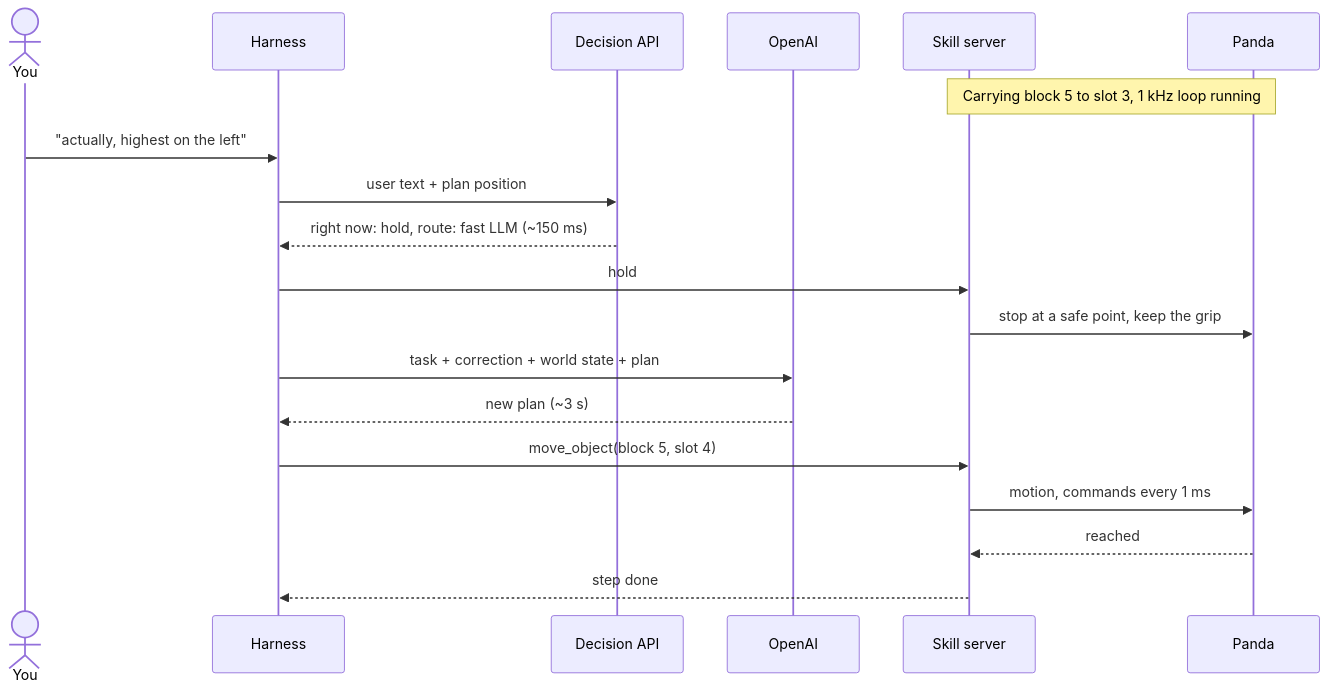
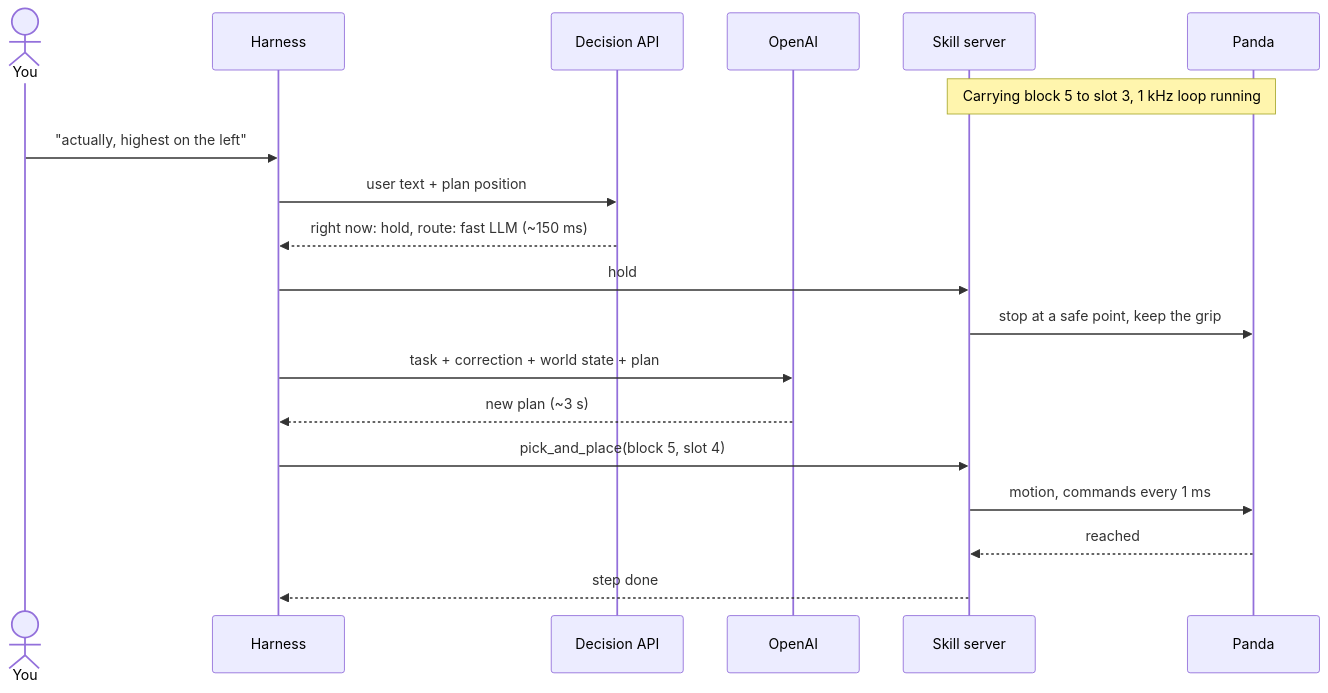
Before and after one commit to alee792/robojev: the third of 3 diagrams in docs/panda-setup.md, drawn with Mermaid. The commit also changed other lines of this file and 6 other files, not shown here.

First line of the commit message:
Rename move_object to pick_and_place, the standard term

````diff
--- a/docs/panda-setup.md
+++ b/docs/panda-setup.md
@@ -99,22 +99,22 @@
 ```mermaid
 sequenceDiagram
     actor U as You
     participant M as Harness
     participant J as Decision API
     participant O as OpenAI
     participant S as Skill server
     participant R as Panda
 
     Note over S,R: Carrying block 5 to slot 3, 1 kHz loop running
     U->>M: "actually, highest on the left"
     M->>J: user text + plan position
     J-->>M: right now: hold, route: fast LLM (~150 ms)
     M->>S: hold
     S->>R: stop at a safe point, keep the grip
     M->>O: task + correction + world state + plan
     O-->>M: new plan (~3 s)
-    M->>S: move_object(block 5, slot 4)
+    M->>S: pick_and_place(block 5, slot 4)
     S->>R: motion, commands every 1 ms
     R-->>S: reached
     S-->>M: step done
 ```
````
